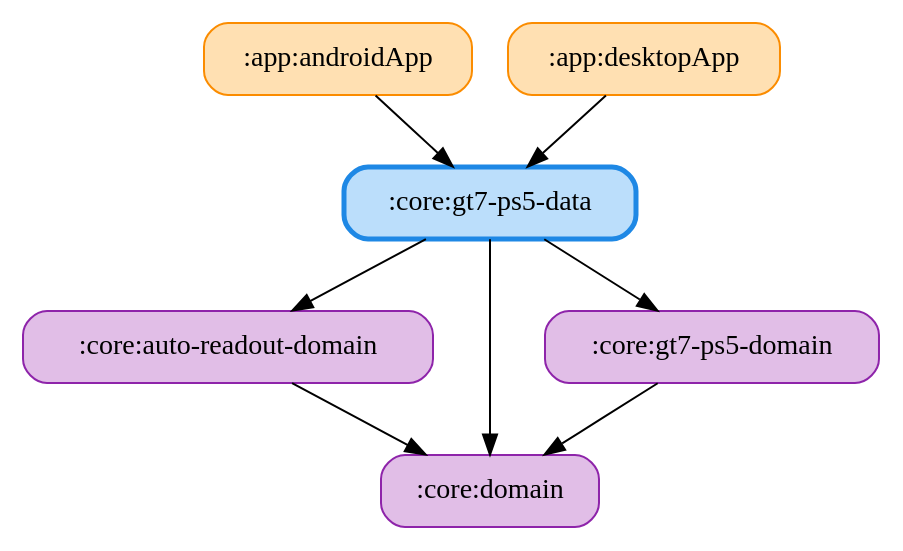
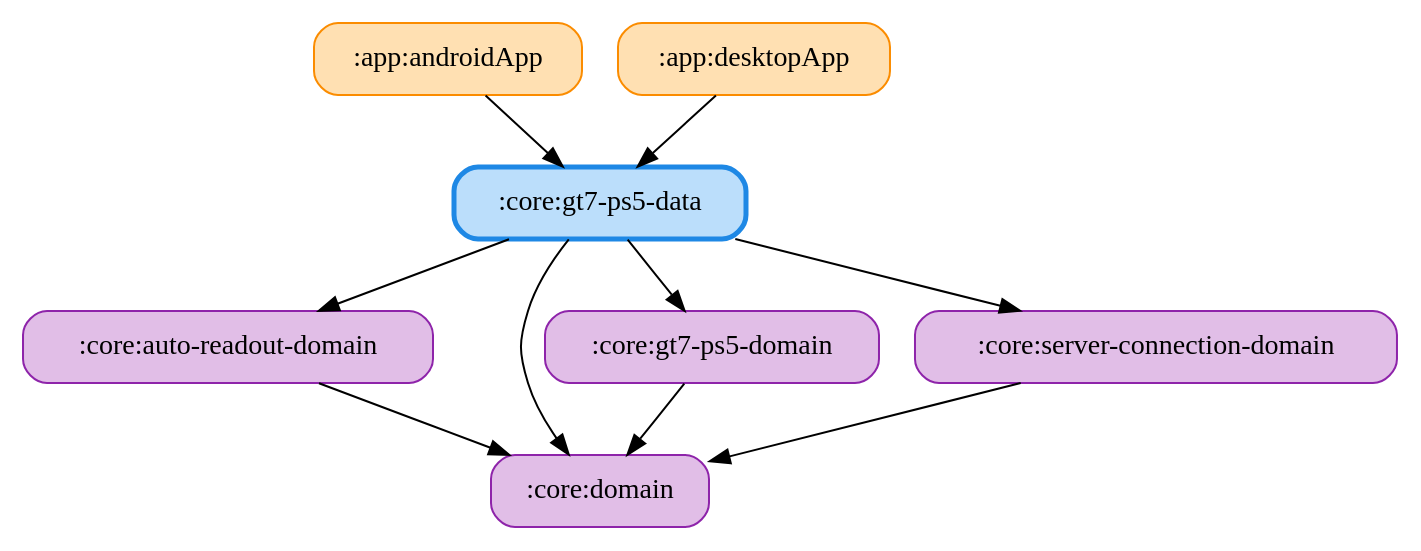
One commit to ai-kurou/KoDriver changed the diagram in docs/graphs/core-gt7-ps5-data.gv. Above: the diagram before and after it, drawn with Graphviz. The commit also changed 43 other files, not shown here.

Commit message:
chore: update module graph images

```diff
--- a/docs/graphs/core-gt7-ps5-data.gv
+++ b/docs/graphs/core-gt7-ps5-data.gv
@@ -1,17 +1,20 @@
 digraph G {
   rankdir=TB
   node [shape=box, style="rounded,filled"]
   ":app:androidApp" [fillcolor="#FFE0B2", color="#FB8C00", penwidth=1]
   ":app:desktopApp" [fillcolor="#FFE0B2", color="#FB8C00", penwidth=1]
   ":core:auto-readout-domain" [fillcolor="#E1BEE7", color="#8E24AA", penwidth=1]
   ":core:domain" [fillcolor="#E1BEE7", color="#8E24AA", penwidth=1]
   ":core:gt7-ps5-data" [fillcolor="#BBDEFB", color="#1E88E5", penwidth=2.5]
   ":core:gt7-ps5-domain" [fillcolor="#E1BEE7", color="#8E24AA", penwidth=1]
+  ":core:server-connection-domain" [fillcolor="#E1BEE7", color="#8E24AA", penwidth=1]
   ":app:androidApp" -> ":core:gt7-ps5-data"
   ":app:desktopApp" -> ":core:gt7-ps5-data"
   ":core:auto-readout-domain" -> ":core:domain"
   ":core:gt7-ps5-data" -> ":core:domain"
   ":core:gt7-ps5-data" -> ":core:gt7-ps5-domain"
   ":core:gt7-ps5-data" -> ":core:auto-readout-domain"
+  ":core:gt7-ps5-data" -> ":core:server-connection-domain"
   ":core:gt7-ps5-domain" -> ":core:domain"
+  ":core:server-connection-domain" -> ":core:domain"
 }
```
